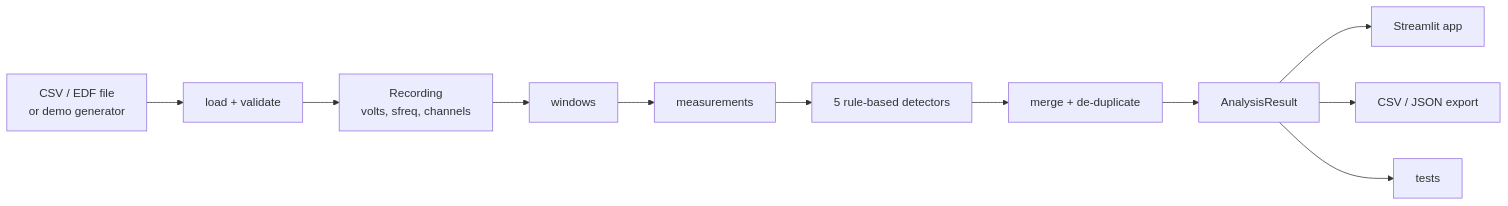
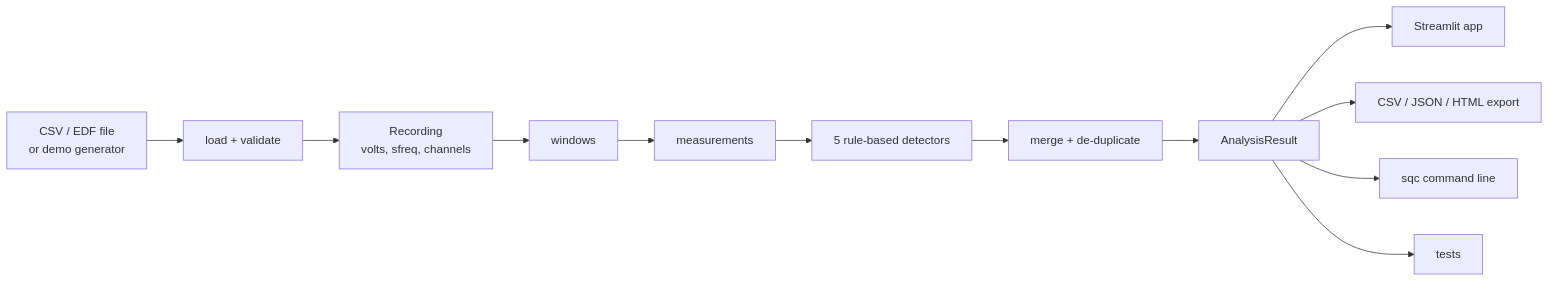
The diagram in README.md (josephlongbui-stack/ecg-eeg-quality-checker), drawn with Mermaid before and after one commit. The commit also changed other lines of this file and 37 other files, not shown here.

````diff
--- a/README.md
+++ b/README.md
@@ -55,13 +77,14 @@
 ```mermaid
 flowchart LR
     A[CSV / EDF file<br/>or demo generator] --> B[load + validate]
     B --> C[Recording<br/>volts, sfreq, channels]
     C --> D[windows]
     D --> E[measurements]
     E --> F[5 rule-based detectors]
     F --> G[merge + de-duplicate]
     G --> H[AnalysisResult]
     H --> I[Streamlit app]
-    H --> J[CSV / JSON export]
+    H --> J[CSV / JSON / HTML export]
+    H --> L[sqc command line]
     H --> K[tests]
 ```
````
